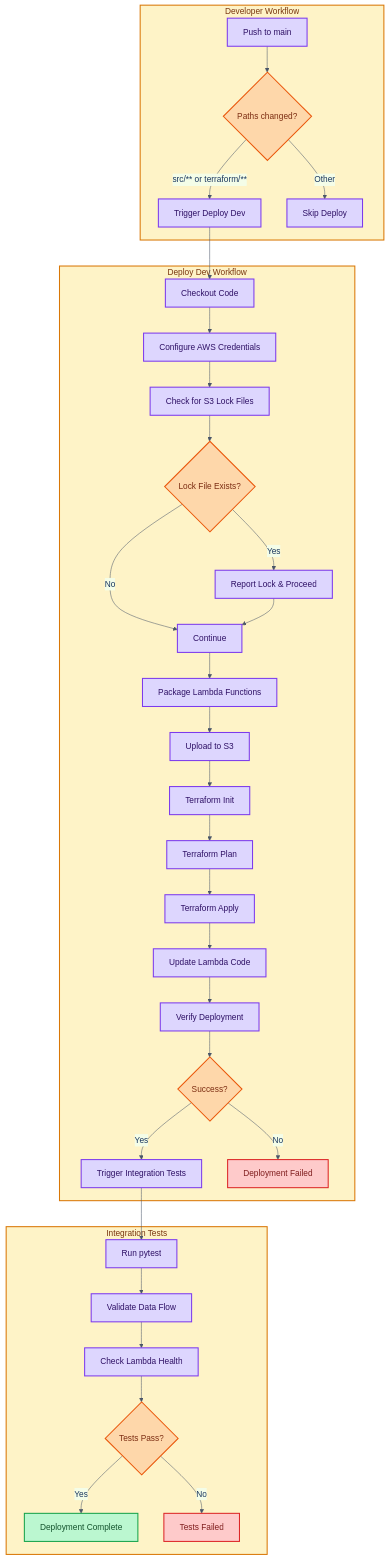
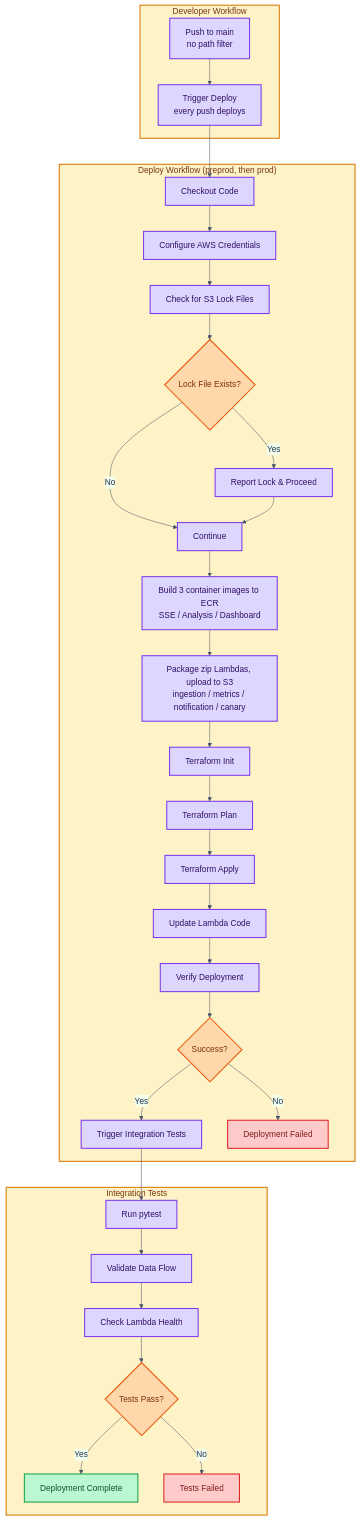
One commit to traylorre/sentiment-analyzer-gsk changed the first of 9 diagrams in docs/deployment/TERRAFORM_DEPLOYMENT_FLOW.md. Above: the diagram before and after it, drawn with Mermaid. The commit also changed other lines of this file and 96 other files, not shown here.

````diff
--- a/docs/deployment/TERRAFORM_DEPLOYMENT_FLOW.md
+++ b/docs/deployment/TERRAFORM_DEPLOYMENT_FLOW.md
@@ -7,50 +7,48 @@
 ```mermaid
 %%{init: {'theme': 'base', 'themeVariables': {'primaryColor': '#e8f4fd', 'primaryTextColor': '#1a365d', 'primaryBorderColor': '#3182ce', 'lineColor': '#4a5568'}}}%%
 flowchart TB
     subgraph DevWorkflow["Developer Workflow"]
-        A[Push to main] --> B{Paths changed?}
-        B -->|src/** or terraform/**| C[Trigger Deploy Dev]
-        B -->|Other| D[Skip Deploy]
+        A[Push to main<br/>no path filter] --> C[Trigger Deploy<br/>every push deploys]
     end
 
-    subgraph DeployWorkflow["Deploy Dev Workflow"]
+    subgraph DeployWorkflow["Deploy Workflow (preprod, then prod)"]
         C --> E[Checkout Code]
         E --> F[Configure AWS Credentials]
         F --> G[Check for S3 Lock Files]
         G --> H{Lock File Exists?}
         H -->|Yes| I[Report Lock & Proceed]
         H -->|No| J[Continue]
         I --> J
-        J --> K[Package Lambda Functions]
-        K --> L[Upload to S3]
+        J --> K[Build 3 container images to ECR<br/>SSE / Analysis / Dashboard]
+        K --> L[Package zip Lambdas, upload to S3<br/>ingestion / metrics / notification / canary]
         L --> M[Terraform Init]
         M --> N[Terraform Plan]
         N --> O[Terraform Apply]
         O --> P[Update Lambda Code]
         P --> Q[Verify Deployment]
         Q --> R{Success?}
         R -->|Yes| S[Trigger Integration Tests]
         R -->|No| T[Deployment Failed]
     end
 
     subgraph IntegrationTests["Integration Tests"]
         S --> U[Run pytest]
         U --> V[Validate Data Flow]
         V --> W[Check Lambda Health]
         W --> X{Tests Pass?}
         X -->|Yes| Y[Deployment Complete]
         X -->|No| Z[Tests Failed]
     end
 
     classDef stageBox fill:#fef3c7,stroke:#d97706,stroke-width:2px,color:#78350f
     classDef processNode fill:#ddd6fe,stroke:#7c3aed,stroke-width:2px,color:#2e1065
     classDef decisionNode fill:#fed7aa,stroke:#ea580c,stroke-width:2px,color:#7c2d12
     classDef successNode fill:#bbf7d0,stroke:#16a34a,stroke-width:2px,color:#14532d
     classDef failNode fill:#fecaca,stroke:#dc2626,stroke-width:2px,color:#7f1d1d
 
     class DevWorkflow,DeployWorkflow,IntegrationTests stageBox
-    class A,C,D,E,F,G,I,J,K,L,M,N,O,P,Q,S,U,V,W processNode
-    class B,H,R,X decisionNode
+    class A,C,E,F,G,I,J,K,L,M,N,O,P,Q,S,U,V,W processNode
+    class H,R,X decisionNode
     class Y successNode
     class T,Z failNode
 ```
````
